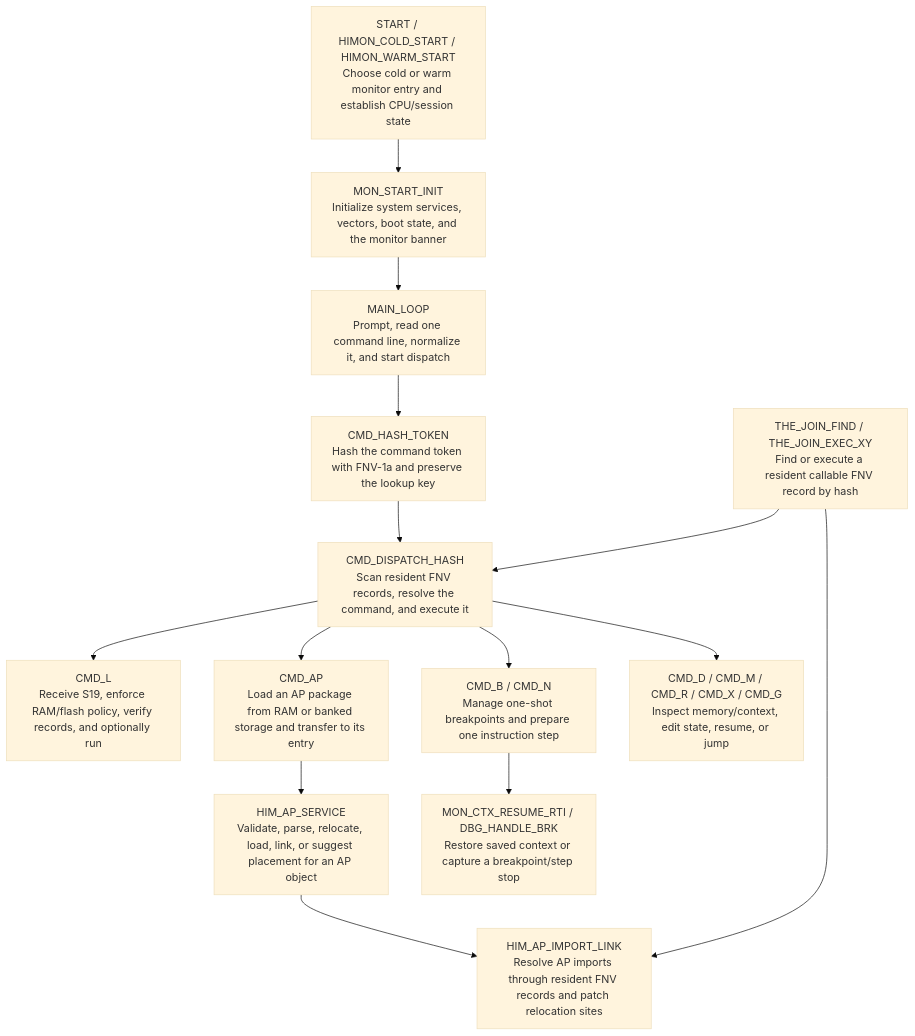
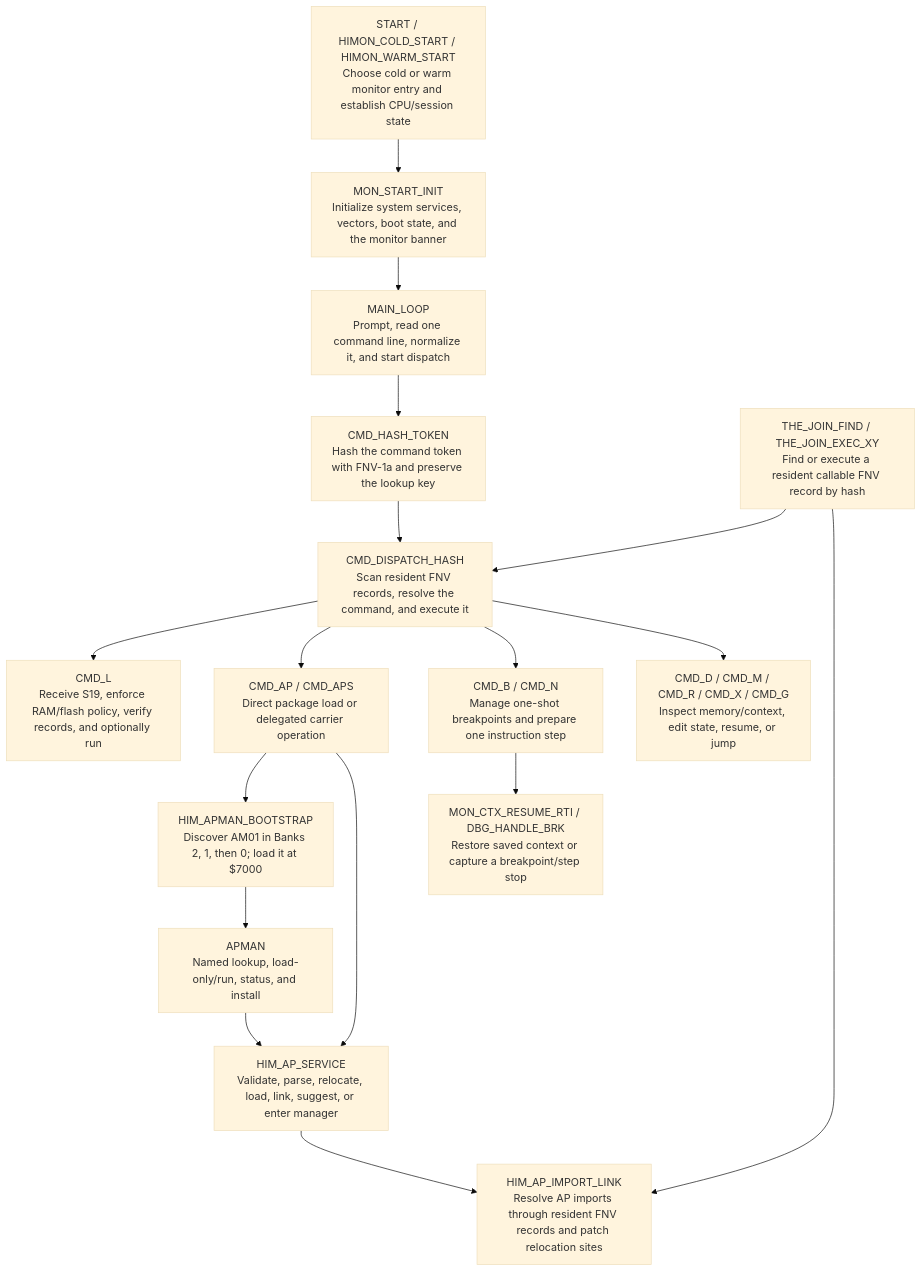
Before and after one commit to 95westus/R-YORS: the first of 19 diagrams in DOC/GUIDES/HIMON/HIMON_MAP.md, drawn with Mermaid (base theme). The commit also changed other lines of this file and 29 other files, not shown here.

````diff
--- a/DOC/GUIDES/HIMON/HIMON_MAP.md
+++ b/DOC/GUIDES/HIMON/HIMON_MAP.md
@@ -27,19 +27,22 @@
 ```mermaid
 flowchart TD
     RESET["START / HIMON_COLD_START / HIMON_WARM_START<br/>Choose cold or warm monitor entry and establish CPU/session state"] --> INIT["MON_START_INIT<br/>Initialize system services, vectors, boot state, and the monitor banner"]
     INIT --> LOOP["MAIN_LOOP<br/>Prompt, read one command line, normalize it, and start dispatch"]
     LOOP --> HASH["CMD_HASH_TOKEN<br/>Hash the command token with FNV-1a and preserve the lookup key"]
     HASH --> DISPATCH["CMD_DISPATCH_HASH<br/>Scan resident FNV records, resolve the command, and execute it"]
 
     DISPATCH --> LOAD["CMD_L<br/>Receive S19, enforce RAM/flash policy, verify records, and optionally run"]
-    DISPATCH --> AP["CMD_AP<br/>Load an AP package from RAM or banked storage and transfer to its entry"]
+    DISPATCH --> AP["CMD_AP / CMD_APS<br/>Direct package load or delegated carrier operation"]
     DISPATCH --> DEBUG["CMD_B / CMD_N<br/>Manage one-shot breakpoints and prepare one instruction step"]
     DISPATCH --> MEM["CMD_D / CMD_M / CMD_R / CMD_X / CMD_G<br/>Inspect memory/context, edit state, resume, or jump"]
 
-    AP --> APSVC["HIM_AP_SERVICE<br/>Validate, parse, relocate, load, link, or suggest placement for an AP object"]
+    AP --> BOOT["HIM_APMAN_BOOTSTRAP<br/>Discover AM01 in Banks 2, 1, then 0; load it at $7000"]
+    BOOT --> APMAN["APMAN<br/>Named lookup, load-only/run, status, and install"]
+    AP --> APSVC["HIM_AP_SERVICE<br/>Validate, parse, relocate, load, link, suggest, or enter manager"]
+    APMAN --> APSVC
     APSVC --> LINK["HIM_AP_IMPORT_LINK<br/>Resolve AP imports through resident FNV records and patch relocation sites"]
     DEBUG --> CTX["MON_CTX_RESUME_RTI / DBG_HANDLE_BRK<br/>Restore saved context or capture a breakpoint/step stop"]
 
     JOIN["THE_JOIN_FIND / THE_JOIN_EXEC_XY<br/>Find or execute a resident callable FNV record by hash"] --> DISPATCH
     JOIN --> LINK
 ```
````
